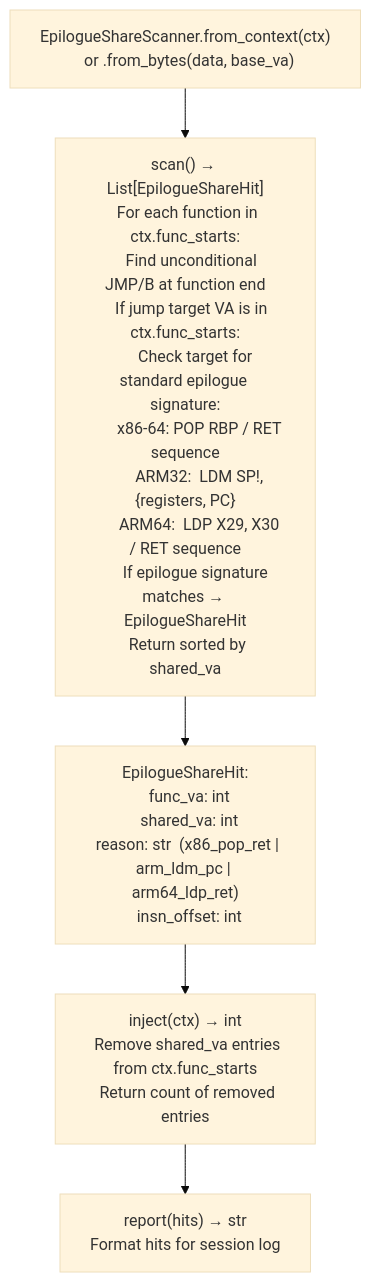
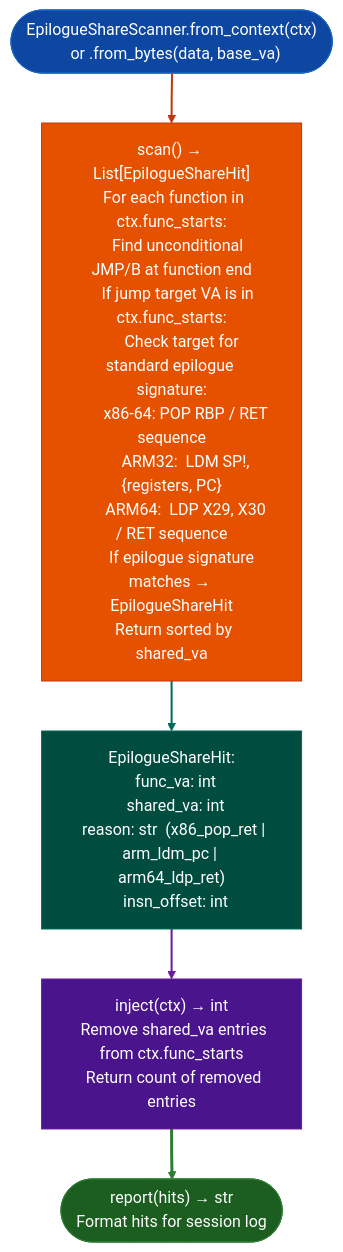
One commit to Ablation-Tool/ablation changed the diagram in docs/reference-modules/shared-epilogue-detection.md. Above: the diagram before and after it, drawn with Mermaid (base theme). The commit also changed 320 other files, not shown here.

First line of the commit message:
docs: apply canonical Mermaid template to all 321 diagrams

````diff
--- a/docs/reference-modules/shared-epilogue-detection.md
+++ b/docs/reference-modules/shared-epilogue-detection.md
@@ -19,7 +19,17 @@
 ```mermaid
 flowchart TD
-    A["EpilogueShareScanner.from_context(ctx)\n  or .from_bytes(data, base_va)"] --> B["scan() → List[EpilogueShareHit]\n  For each function in ctx.func_starts:\n    Find unconditional JMP/B at function end\n    If jump target VA is in ctx.func_starts:\n      Check target for standard epilogue signature:\n        x86-64: POP RBP / RET sequence\n        ARM32:  LDM SP!, {registers, PC}\n        ARM64:  LDP X29, X30 / RET sequence\n      If epilogue signature matches → EpilogueShareHit\n  Return sorted by shared_va"]
-    B --> C["EpilogueShareHit:\n  func_va: int\n  shared_va: int\n  reason: str  (x86_pop_ret | arm_ldm_pc | arm64_ldp_ret)\n  insn_offset: int"]
-    C --> D["inject(ctx) → int\n  Remove shared_va entries from ctx.func_starts\n  Return count of removed entries"]
-    D --> E["report(hits) → str\n  Format hits for session log"]
+    A(["EpilogueShareScanner.from_context(ctx)\n  or .from_bytes(data, base_va)"]):::input --> B["scan() → List[EpilogueShareHit]\n  For each function in ctx.func_starts:\n    Find unconditional JMP/B at function end\n    If jump target VA is in ctx.func_starts:\n      Check target for standard epilogue signature:\n        x86-64: POP RBP / RET sequence\n        ARM32:  LDM SP!, {registers, PC}\n        ARM64:  LDP X29, X30 / RET sequence\n      If epilogue signature matches → EpilogueShareHit\n  Return sorted by shared_va"]:::primary
+    B:::primary --> C["EpilogueShareHit:\n  func_va: int\n  shared_va: int\n  reason: str  (x86_pop_ret | arm_ldm_pc | arm64_ldp_ret)\n  insn_offset: int"]:::secondary
+    C:::secondary --> D["inject(ctx) → int\n  Remove shared_va entries from ctx.func_starts\n  Return count of removed entries"]:::tertiary
+    D:::tertiary --> E(["report(hits) → str\n  Format hits for session log"]):::output
+    classDef input     fill:#0d47a1,stroke:#1565c0,color:#fff
+    classDef primary   fill:#e65100,stroke:#bf360c,color:#fff
+    classDef secondary fill:#004d40,stroke:#00695c,color:#fff
+    classDef tertiary  fill:#4a148c,stroke:#6a1b9a,color:#fff
+    classDef neutral   fill:#37474f,stroke:#546e7a,color:#fff
+    classDef output    fill:#1b5e20,stroke:#2e7d32,color:#fff
+    linkStyle 0 stroke:#bf360c,stroke-width:2px
+    linkStyle 1 stroke:#00695c,stroke-width:2px
+    linkStyle 2 stroke:#6a1b9a,stroke-width:2px
+    linkStyle 3 stroke:#2e7d32,stroke-width:3px
 ```
````
